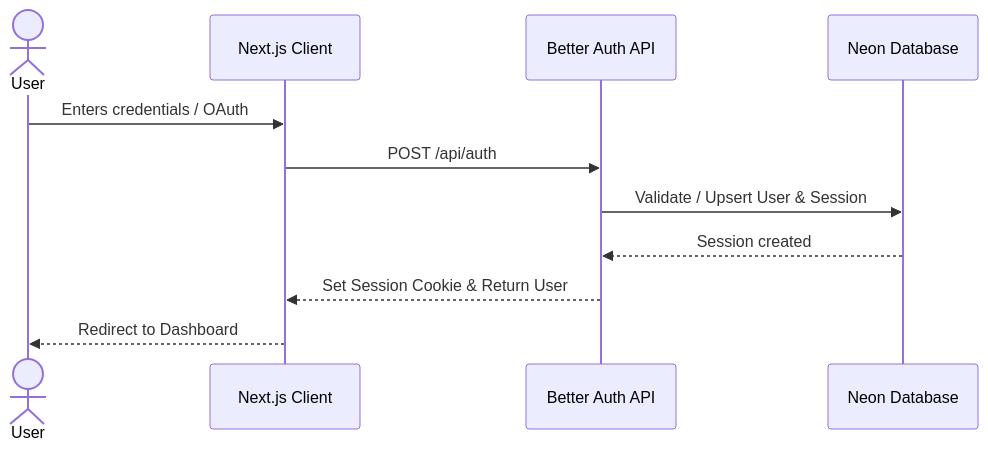
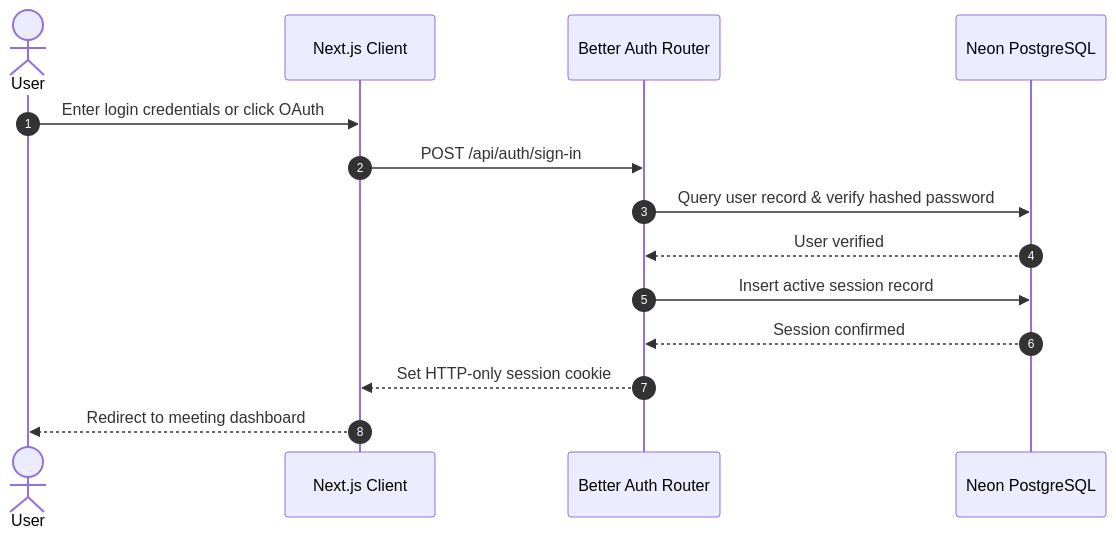
The second of 3 diagrams in README.md (Rohit-hub-coder/meridian-ai), drawn with Mermaid before and after one commit. The commit also changed other lines of this file and 1 other file, not shown here.

Commit message:
docs: polish README with architecture, tRPC procedures, and add MIT LICENSE

````diff
--- a/README.md
+++ b/README.md
@@ -52,14 +88,17 @@
 ```mermaid
 sequenceDiagram
+    autonumber
     actor User
     participant Client as Next.js Client
-    participant Auth as Better Auth API
-    participant DB as Neon Database
+    participant Auth as Better Auth Router
+    participant DB as Neon PostgreSQL
 
-    User->>Client: Enters credentials / OAuth
-    Client->>Auth: POST /api/auth
-    Auth->>DB: Validate / Upsert User & Session
-    DB-->>Auth: Session created
-    Auth-->>Client: Set Session Cookie & Return User
-    Client-->>User: Redirect to Dashboard
+    User->>Client: Enter login credentials or click OAuth
+    Client->>Auth: POST /api/auth/sign-in
+    Auth->>DB: Query user record & verify hashed password
+    DB-->>Auth: User verified
+    Auth->>DB: Insert active session record
+    DB-->>Auth: Session confirmed
+    Auth-->>Client: Set HTTP-only session cookie
+    Client-->>User: Redirect to meeting dashboard
 ```
````
